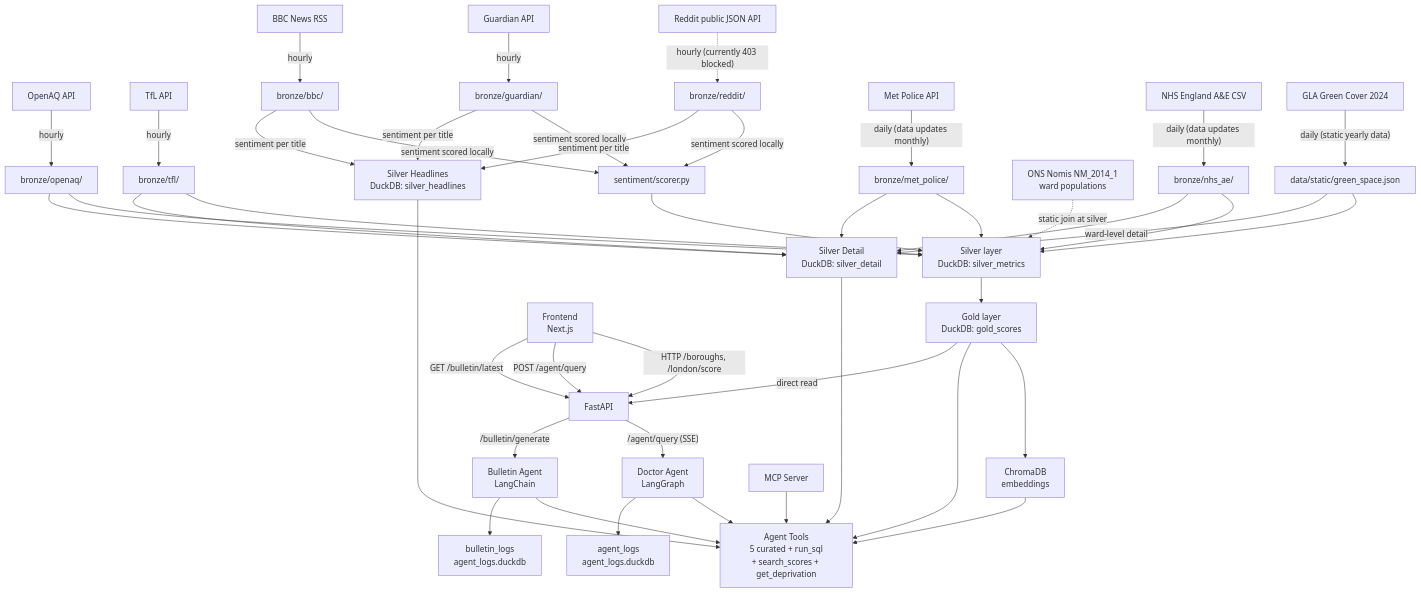
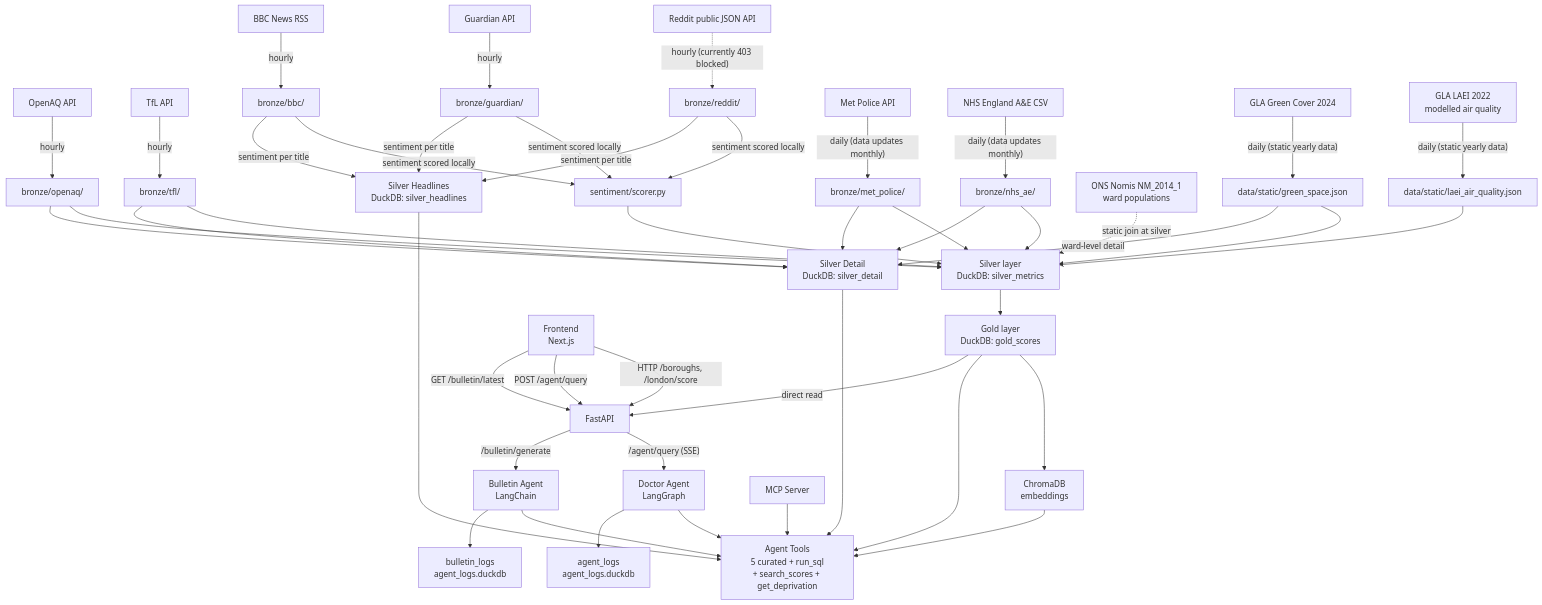
The diagram in docs/lineage.md (ryan-vanagt/city-scan-london), drawn with Mermaid before and after one commit. The commit also changed other lines of this file and 23 other files, not shown here.

````diff
--- a/docs/lineage.md
+++ b/docs/lineage.md
@@ -5,56 +5,58 @@
 ```mermaid
 flowchart TD
     OQ[OpenAQ API] -->|hourly| B_OQ[bronze/openaq/]
     TFL[TfL API] -->|hourly| B_TFL[bronze/tfl/]
     RD[Reddit public JSON API] -.->|"hourly (currently 403 blocked)"| B_RD[bronze/reddit/]
     GD[Guardian API] -->|hourly| B_GD[bronze/guardian/]
     BBC[BBC News RSS] -->|hourly| B_BBC[bronze/bbc/]
     MP[Met Police API] -->|"daily (data updates monthly)"| B_MP[bronze/met_police/]
     NHS[NHS England A&E CSV] -->|"daily (data updates monthly)"| B_NHS[bronze/nhs_ae/]
     GS[GLA Green Cover 2024] -->|"daily (static yearly data)"| B_GS[data/static/green_space.json]
+    LAEI[GLA LAEI 2022<br>modelled air quality] -->|"daily (static yearly data)"| B_LAEI[data/static/laei_air_quality.json]
     WP[ONS Nomis NM_2014_1<br>ward populations] -.->|static join at silver| S
 
     B_OQ --> S[Silver layer\nDuckDB: silver_metrics]
     B_TFL --> S
     B_RD -->|sentiment scored locally| SENT[sentiment/scorer.py]
     SENT --> S
     B_GD -->|sentiment scored locally| SENT
     B_BBC -->|sentiment scored locally| SENT
     B_MP --> S
     B_NHS --> S
     B_GS --> S
+    B_LAEI --> S
 
     S --> G[Gold layer\nDuckDB: gold_scores]
     G --> CH[ChromaDB\nembeddings]
 
     B_OQ --> SD[Silver Detail\nDuckDB: silver_detail]
     B_TFL --> SD
     B_MP --> SD
     B_NHS --> SD
     B_GS -->|ward-level detail| SD
     B_RD -->|sentiment per title| SH[Silver Headlines\nDuckDB: silver_headlines]
     B_GD -->|sentiment per title| SH
     B_BBC -->|sentiment per title| SH
 
     G --> TOOLS[Agent Tools\n5 curated + run_sql\n+ search_scores + get_deprivation]
     SD --> TOOLS
     SH --> TOOLS
     CH --> TOOLS
 
     %% Access layers — FastAPI and MCP Server both use Agent Tools
     G -->|direct read| API[FastAPI]
     API -->|"/agent/query (SSE)"| DA[Doctor Agent\nLangGraph]
     API -->|"/bulletin/generate"| BA[Bulletin Agent\nLangChain]
     DA --> TOOLS
     BA --> TOOLS
     MCP[MCP Server] --> TOOLS
 
     %% Frontend communicates via FastAPI only
     FE[Frontend\nNext.js] -->|"HTTP /boroughs, /london/score"| API
     FE -->|"POST /agent/query"| API
     FE -->|"GET /bulletin/latest"| API
 
     %% Logging
     DA --> LOGS[agent_logs\nagent_logs.duckdb]
     BA --> BLOGS[bulletin_logs\nagent_logs.duckdb]
 ```
````
